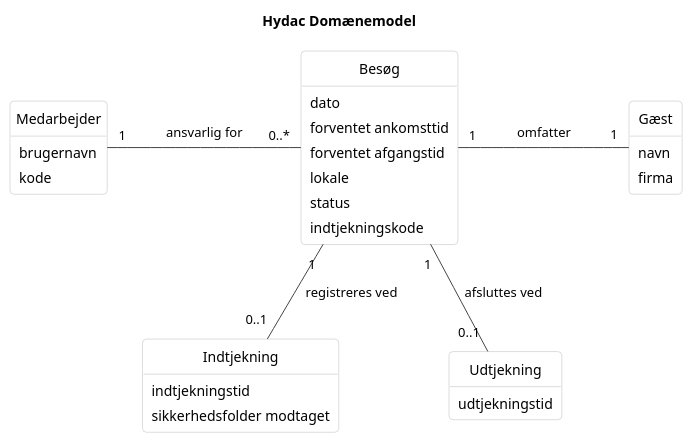
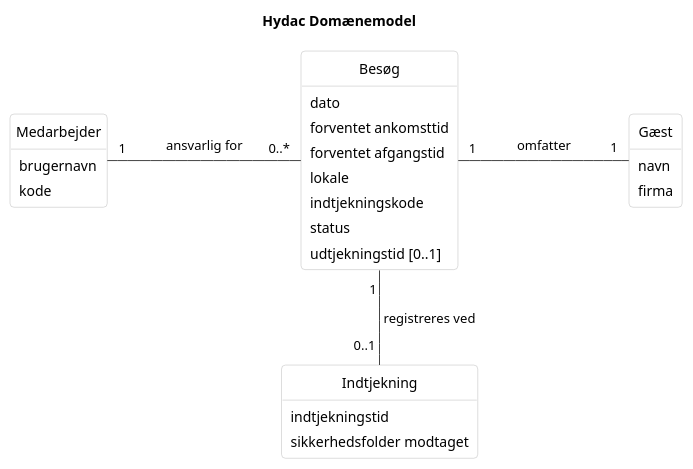
The diagram in 2. Domænemodel/2. Domænemodel.puml (Zoabz/Hydac), drawn with PlantUML before and after one commit. The commit also changed 1 other file, not shown here.

```diff
--- a/2. Domænemodel/2. Domænemodel.puml
+++ b/2. Domænemodel/2. Domænemodel.puml
@@ -1,64 +1,55 @@
 @startuml Hydac_Domaenemodel_v2
 
 skinparam backgroundColor White
 skinparam shadowing false
 skinparam defaultFontName Arial
 skinparam roundCorner 8
 skinparam linetype polyline
 skinparam nodesep 110
 skinparam ranksep 70
 skinparam padding 3
 skinparam titleFontStyle bold
 
 hide circle
 hide methods
 
 skinparam class {
     BackgroundColor White
     BorderColor #BBBBBB
     ArrowColor #444444
     FontColor Black
     AttributeFontColor Black
 }
 
 title Hydac Domænemodel
 
 class "Medarbejder" as Medarbejder {
     brugernavn
     kode
 }
 
 class "Besøg" as Besog {
     dato
     forventet ankomsttid
     forventet afgangstid
     lokale
+    indtjekningskode
     status
-    indtjekningskode
+    udtjekningstid [0..1]
 }
 
 class "Gæst" as Gaest {
     navn
     firma
 }
 
 class "Indtjekning" as Indtjekning {
     indtjekningstid
     sikkerhedsfolder modtaget
 }
 
-class "Udtjekning" as Udtjekning {
-    udtjekningstid
-}
-
-
-
 Medarbejder "1" -right- "0..*" Besog : ansvarlig for
 Besog "1" -right- "1" Gaest : omfatter
 
 Besog "1" -- "0..1" Indtjekning : registreres ved
-Besog "1" -- "0..1" Udtjekning : afsluttes ved
-
-Indtjekning -[hidden]right- Udtjekning
-
 @enduml
```
